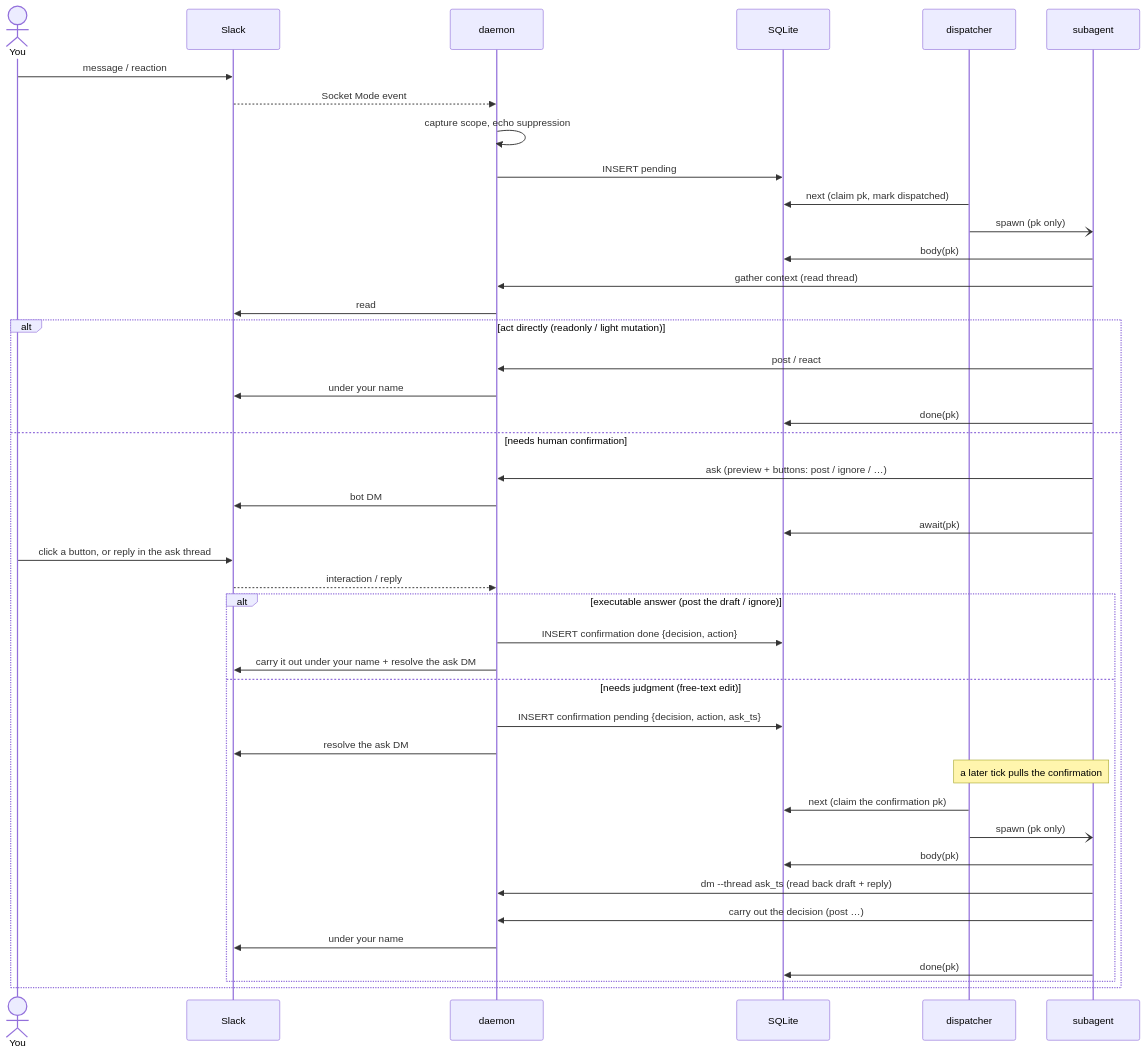
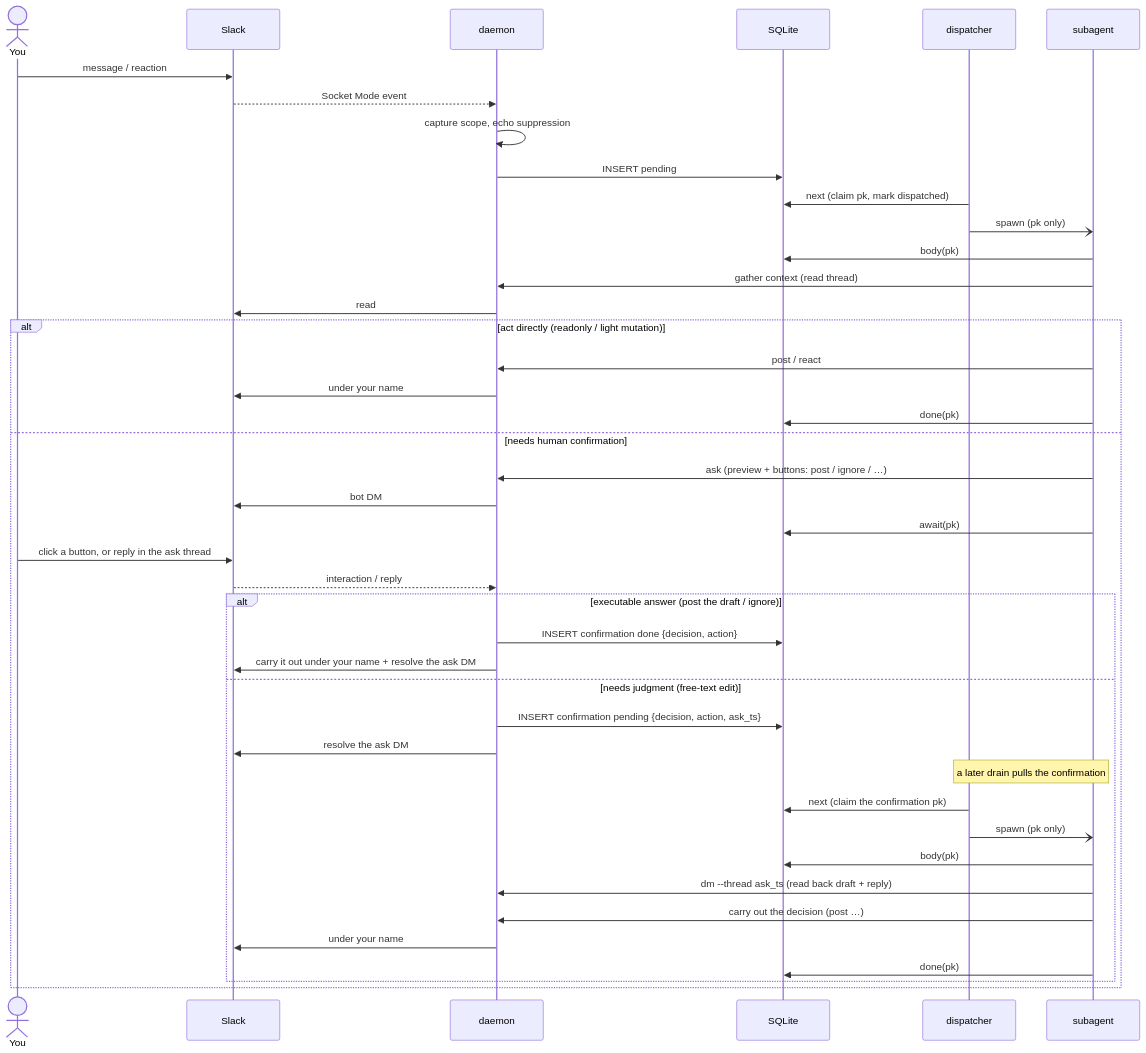
The second of 2 diagrams in README.md (m5d215/slack-deputy), drawn with Mermaid before and after one commit. The commit also changed other lines of this file and 7 other files, not shown here.

````diff
--- a/README.md
+++ b/README.md
@@ -76,47 +78,47 @@
 ```mermaid
 sequenceDiagram
   actor H as You
   participant SL as Slack
   participant D as daemon
   participant DB as SQLite
   participant L as dispatcher
   participant A as subagent
 
   H->>SL: message / reaction
   SL-->>D: Socket Mode event
   D->>D: capture scope, echo suppression
   D->>DB: INSERT pending
 
   L->>DB: next (claim pk, mark dispatched)
   L-)A: spawn (pk only)
   A->>DB: body(pk)
   A->>D: gather context (read thread)
   D->>SL: read
 
   alt act directly (readonly / light mutation)
     A->>D: post / react
     D->>SL: under your name
     A->>DB: done(pk)
   else needs human confirmation
     A->>D: ask (preview + buttons: post / ignore / …)
     D->>SL: bot DM
     A->>DB: await(pk)
     H->>SL: click a button, or reply in the ask thread
     SL-->>D: interaction / reply
     alt executable answer (post the draft / ignore)
       D->>DB: INSERT confirmation done {decision, action}
       D->>SL: carry it out under your name + resolve the ask DM
     else needs judgment (free-text edit)
       D->>DB: INSERT confirmation pending {decision, action, ask_ts}
       D->>SL: resolve the ask DM
-      Note over L,A: a later tick pulls the confirmation
+      Note over L,A: a later drain pulls the confirmation
       L->>DB: next (claim the confirmation pk)
       L-)A: spawn (pk only)
       A->>DB: body(pk)
       A->>D: dm --thread ask_ts (read back draft + reply)
       A->>D: carry out the decision (post …)
       D->>SL: under your name
       A->>DB: done(pk)
     end
   end
 ```
````
